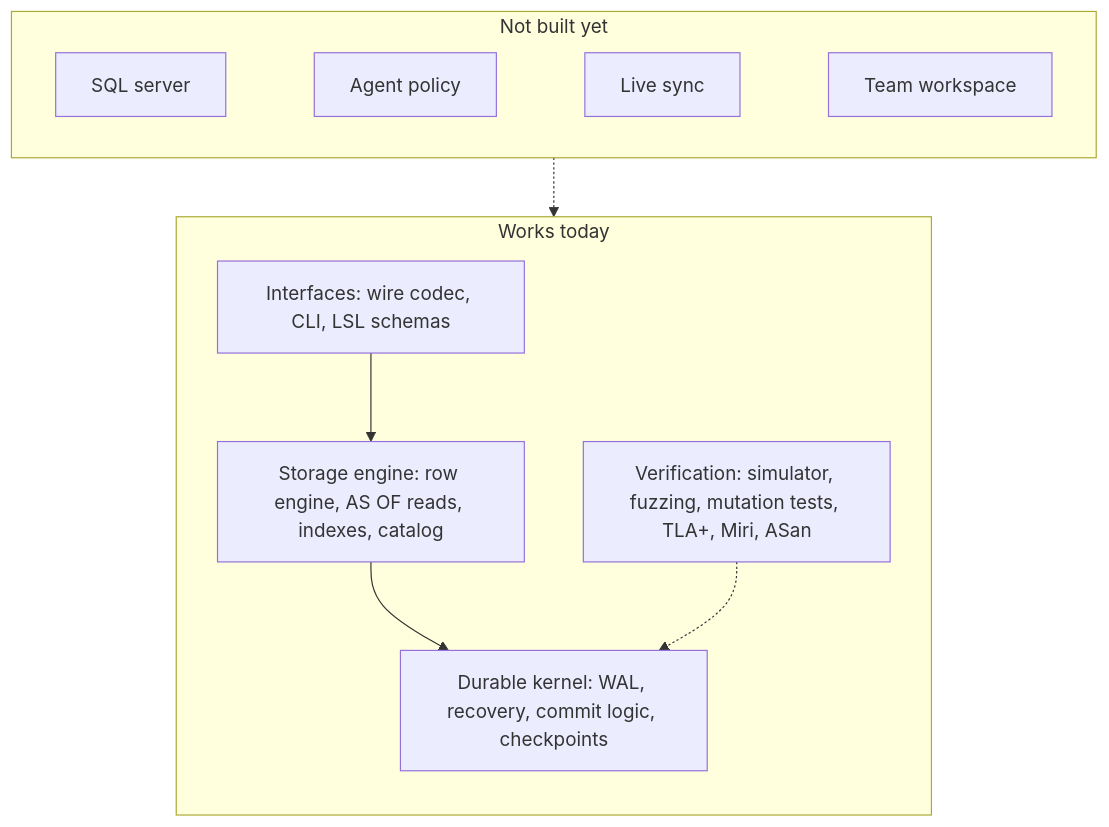
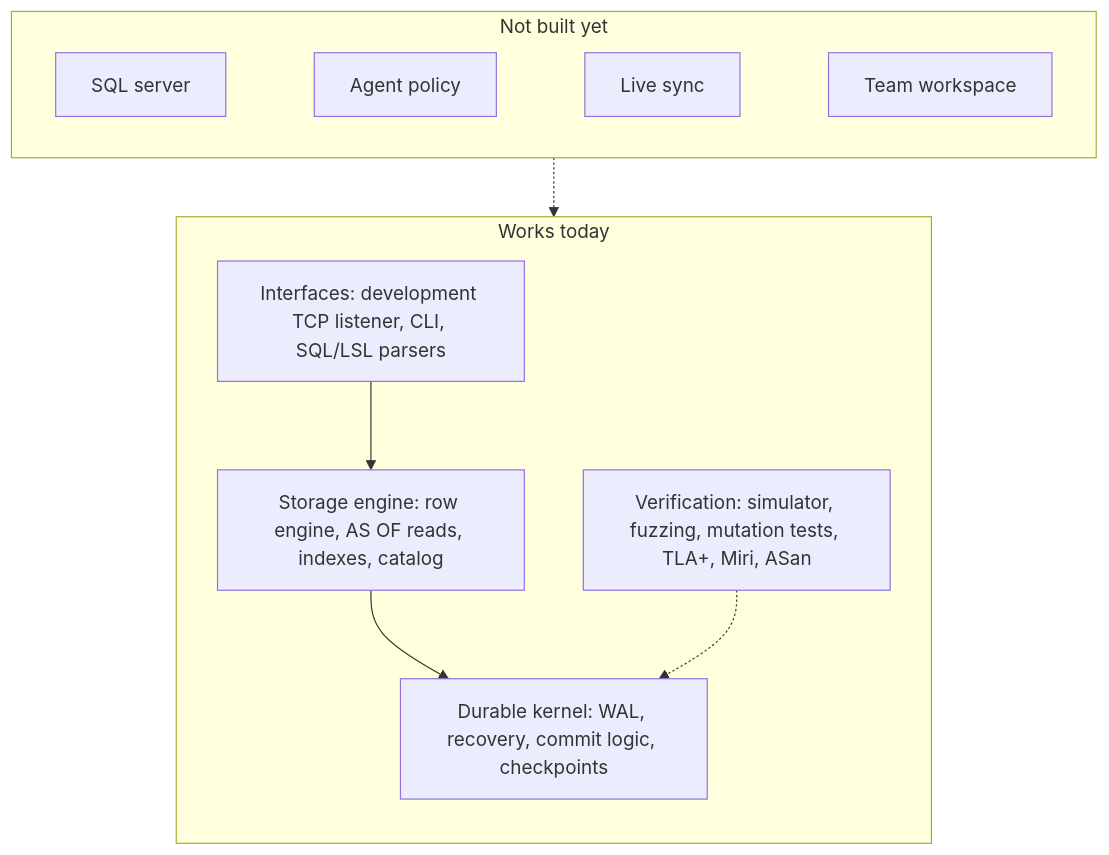
Before and after one commit to moncifem/latticedb: the diagram in README.md, drawn with Mermaid. The commit also changed other lines of this file and 2 other files, not shown here.

Commit message:
docs: reflect merged Phase 2 development features

````diff
--- a/README.md
+++ b/README.md
@@ -42,17 +45,17 @@
 ```mermaid
 flowchart TB
   subgraph ahead["Not built yet"]
     direction LR
     sql["SQL server"] ~~~ pol["Agent policy"] ~~~ sync["Live sync"] ~~~ ws["Team workspace"]
   end
   subgraph have["Works today"]
     direction TB
-    ifc["Interfaces: wire codec, CLI, LSL schemas"]
+    ifc["Interfaces: development TCP listener, CLI, SQL/LSL parsers"]
     eng["Storage engine: row engine, AS OF reads, indexes, catalog"]
     ker["Durable kernel: WAL, recovery, commit logic, checkpoints"]
     ver["Verification: simulator, fuzzing, mutation tests, TLA+, Miri, ASan"]
     ifc --> eng --> ker
     ver -.-> ker
   end
   ahead -.-> have
 ```
````
